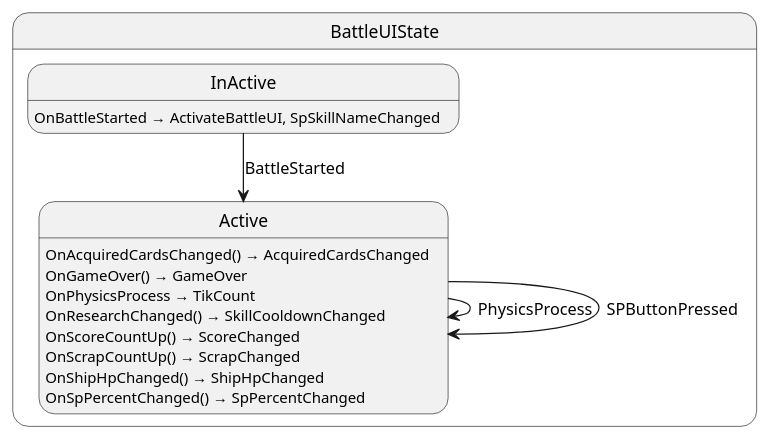
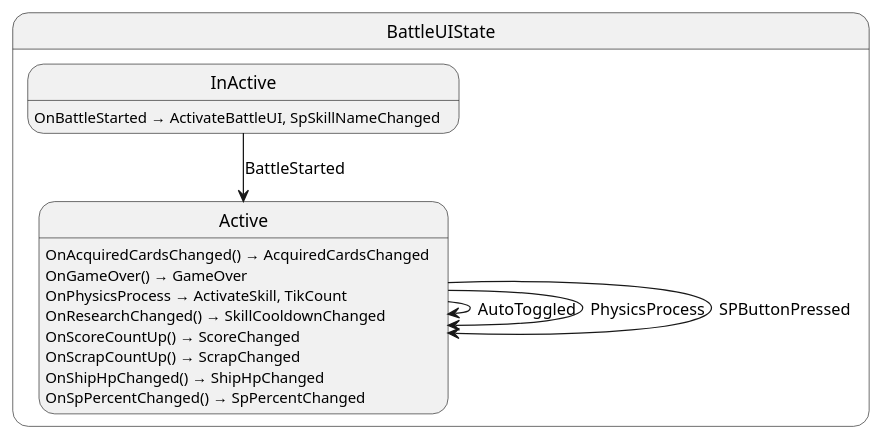
Before and after one commit to Ygoat/EternalJourney: the diagram in src/battle_ui/state/BattleUILogic.g.puml, drawn with PlantUML. The commit also changed 63 other files, not shown here.

```diff
--- a/src/battle_ui/state/BattleUILogic.g.puml
+++ b/src/battle_ui/state/BattleUILogic.g.puml
@@ -1,20 +1,21 @@
 @startuml BattleUIState
 state "BattleUIState" as EternalJourney_BattleUI_State_BattleUIState {
   state "Active" as EternalJourney_BattleUI_State_BattleUIState_Active
   state "InActive" as EternalJourney_BattleUI_State_BattleUIState_InActive
 }
 
+EternalJourney_BattleUI_State_BattleUIState_Active --> EternalJourney_BattleUI_State_BattleUIState_Active : AutoToggled
 EternalJourney_BattleUI_State_BattleUIState_Active --> EternalJourney_BattleUI_State_BattleUIState_Active : PhysicsProcess
 EternalJourney_BattleUI_State_BattleUIState_Active --> EternalJourney_BattleUI_State_BattleUIState_Active : SPButtonPressed
 EternalJourney_BattleUI_State_BattleUIState_InActive --> EternalJourney_BattleUI_State_BattleUIState_Active : BattleStarted
 
 EternalJourney_BattleUI_State_BattleUIState_Active : OnAcquiredCardsChanged() → AcquiredCardsChanged
 EternalJourney_BattleUI_State_BattleUIState_Active : OnGameOver() → GameOver
-EternalJourney_BattleUI_State_BattleUIState_Active : OnPhysicsProcess → TikCount
+EternalJourney_BattleUI_State_BattleUIState_Active : OnPhysicsProcess → ActivateSkill, TikCount
 EternalJourney_BattleUI_State_BattleUIState_Active : OnResearchChanged() → SkillCooldownChanged
 EternalJourney_BattleUI_State_BattleUIState_Active : OnScoreCountUp() → ScoreChanged
 EternalJourney_BattleUI_State_BattleUIState_Active : OnScrapCountUp() → ScrapChanged
 EternalJourney_BattleUI_State_BattleUIState_Active : OnShipHpChanged() → ShipHpChanged
 EternalJourney_BattleUI_State_BattleUIState_Active : OnSpPercentChanged() → SpPercentChanged
 EternalJourney_BattleUI_State_BattleUIState_InActive : OnBattleStarted → ActivateBattleUI, SpSkillNameChanged
 @enduml
```
